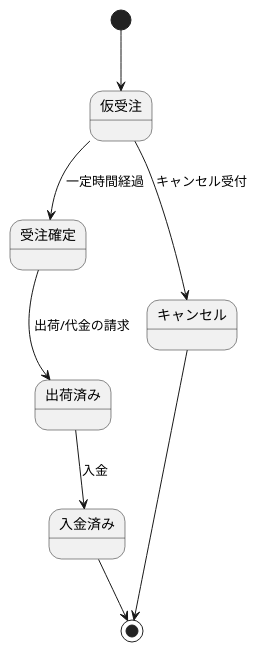
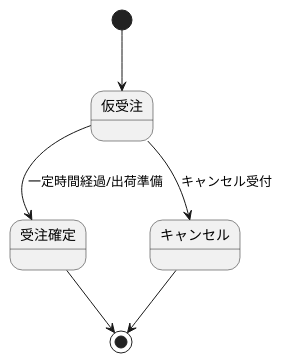
Before and after one commit to yinm/uml-modeling-lesson: the diagram in ch07/sample.puml, drawn with PlantUML. The commit also changed 1 other file, not shown here.

```diff
--- a/ch07/sample.puml
+++ b/ch07/sample.puml
@@ -1,15 +1,11 @@
 @startuml
 
 [*] --> 仮受注
 
-仮受注 --> 受注確定 : 一定時間経過
+仮受注 --> 受注確定 : 一定時間経過/出荷準備
 仮受注 --> キャンセル : キャンセル受付
 
-受注確定 --> 出荷済み : 出荷/代金の請求
-
-出荷済み --> 入金済み : 入金
-
-入金済み --> [*]
+受注確定 --> [*]
 キャンセル --> [*]
 
 @enduml
```
